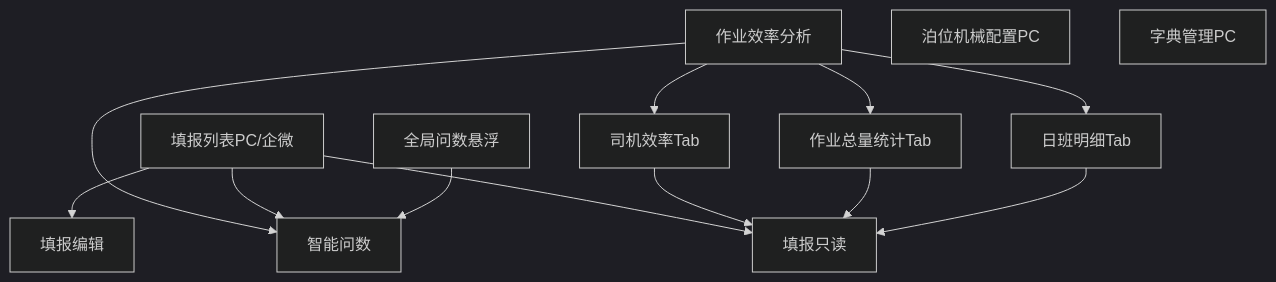
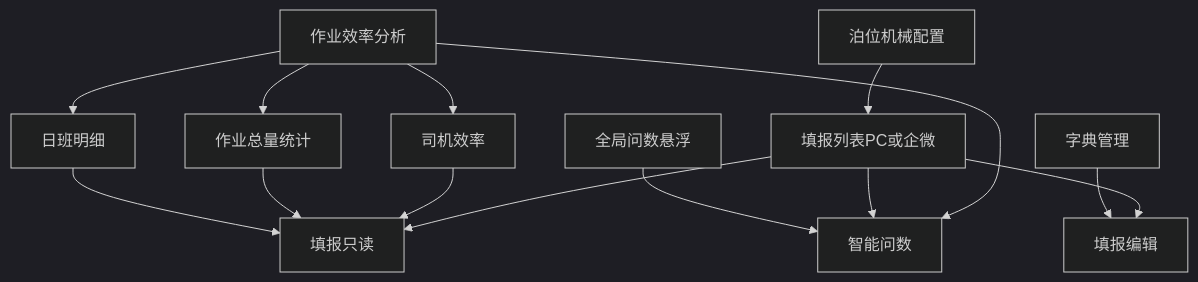
One commit to liaoliao66/TOS changed the third of 6 diagrams in docs/versions/v1.0.0/prd.md. Above: the diagram before and after it, drawn with Mermaid (dark theme). The commit also changed other lines of this file and 1 other file, not shown here.

Commit message:
修复 PRD 阅读页 Mermaid 流程图渲染失败问题。

````diff
--- a/docs/versions/v1.0.0/prd.md
+++ b/docs/versions/v1.0.0/prd.md
@@ -174,16 +172,16 @@
 ```mermaid
 flowchart TD
-    L[填报列表PC/企微] --> E[填报编辑]
+    L[填报列表PC或企微] --> E[填报编辑]
     L --> V[填报只读]
-    F[作业效率分析] --> T1[司机效率Tab]
-    F --> T2[作业总量统计Tab]
-    F --> T3[日班明细Tab]
+    F[作业效率分析] --> T1[司机效率]
+    F --> T2[作业总量统计]
+    F --> T3[日班明细]
     T1 --> V
     T2 --> V
     T3 --> V
     F --> A[智能问数]
     L --> A
     FAB[全局问数悬浮] --> A
-    M[泊位机械配置PC]
-    D[字典管理PC]
+    M[泊位机械配置] --> L
+    D[字典管理] --> E
 ```
````
